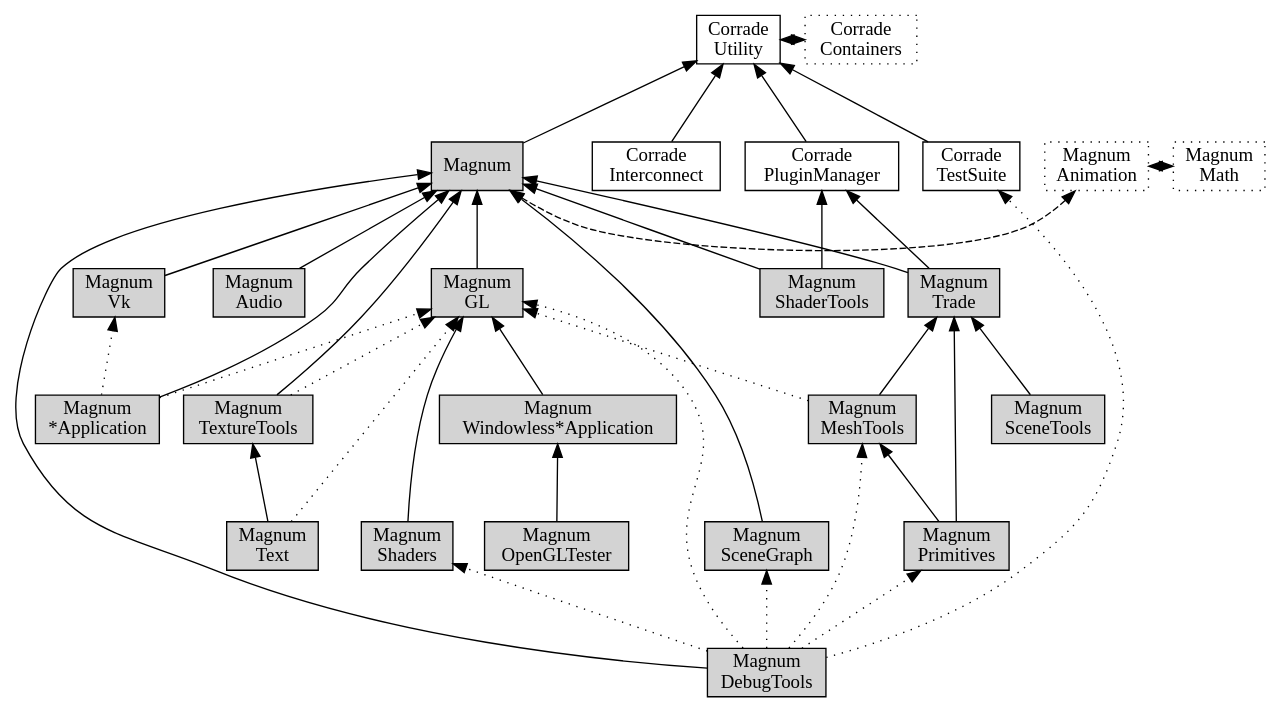
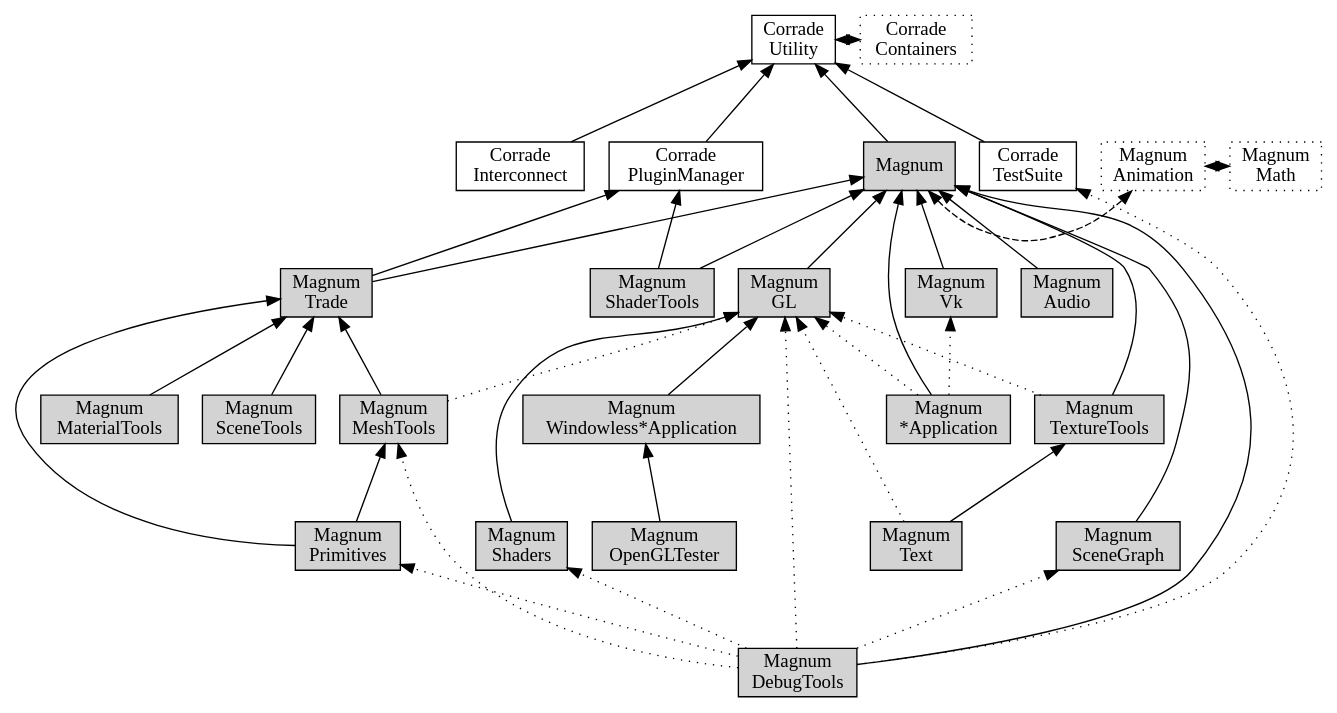
Before and after one commit to mosra/magnum: the diagram in doc/custom-buildsystems-order.dot, drawn with Graphviz. The commit also changed 17 other files, not shown here.

First line of the commit message:
MaterialTools: new library.

```diff
--- a/doc/custom-buildsystems-order.dot
+++ b/doc/custom-buildsystems-order.dot
@@ -1,112 +1,115 @@
 /*
     This file is part of Magnum.
 
     Copyright © 2010, 2011, 2012, 2013, 2014, 2015, 2016, 2017, 2018, 2019,
                 2020, 2021, 2022 Vladimír Vondruš <mosra@centrum.cz>
 
     Permission is hereby granted, free of charge, to any person obtaining a
     copy of this software and associated documentation files (the "Software"),
     to deal in the Software without restriction, including without limitation
     the rights to use, copy, modify, merge, publish, distribute, sublicense,
     and/or sell copies of the Software, and to permit persons to whom the
     Software is furnished to do so, subject to the following conditions:
 
     The above copyright notice and this permission notice shall be included
     in all copies or substantial portions of the Software.
 
     THE SOFTWARE IS PROVIDED "AS IS", WITHOUT WARRANTY OF ANY KIND, EXPRESS OR
     IMPLIED, INCLUDING BUT NOT LIMITED TO THE WARRANTIES OF MERCHANTABILITY,
     FITNESS FOR A PARTICULAR PURPOSE AND NONINFRINGEMENT. IN NO EVENT SHALL
     THE AUTHORS OR COPYRIGHT HOLDERS BE LIABLE FOR ANY CLAIM, DAMAGES OR OTHER
     LIABILITY, WHETHER IN AN ACTION OF CONTRACT, TORT OR OTHERWISE, ARISING
     FROM, OUT OF OR IN CONNECTION WITH THE SOFTWARE OR THE USE OR OTHER
     DEALINGS IN THE SOFTWARE.
 */
 
 digraph "Magnum library dependency order" {
     rankdir=BT
     ranksep=0.8
     node [style=filled shape=rect margin="0.03,0.03"]
 
     CorradeUtility [style=solid label="Corrade\nUtility" class="m-primary"]
     CorradeContainers [style=solid label="Corrade\nContainers" class="m-primary" style=dotted]
     CorradePluginManager [style=solid label="Corrade\nPluginManager" class="m-info"]
     CorradeInterconnect [style=solid label="Corrade\nInterconnect" class="m-info"]
     CorradeTestSuite [style=solid label="Corrade\nTestSuite" class="m-info"]
 
     Magnum [class="m-primary"]
     MagnumAnimation [label="Magnum\nAnimation" class="m-primary" style=dotted]
     MagnumAudio [label="Magnum\nAudio" class="m-info"]
     MagnumDebugTools [label="Magnum\nDebugTools" class="m-info"]
     MagnumGL [label="Magnum\nGL" class="m-info"]
     MagnumMath [label="Magnum\nMath" class="m-primary" style=dotted]
+    MagnumMaterialTools [label="Magnum\nMaterialTools" class="m-info"]
     MagnumMeshTools [label="Magnum\nMeshTools" class="m-info"]
     MagnumOpenGLTester [label="Magnum\nOpenGLTester" class="m-info"]
     MagnumPrimitives [label="Magnum\nPrimitives" class="m-info"]
     MagnumSceneGraph [label="Magnum\nSceneGraph" class="m-info"]
     MagnumSceneTools [label="Magnum\nSceneTools" class="m-info"]
     MagnumShaders [label="Magnum\nShaders" class="m-info"]
     MagnumShaderTools [label="Magnum\nShaderTools" class="m-info"]
     MagnumText [label="Magnum\nText" class="m-info"]
     MagnumTextureTools [label="Magnum\nTextureTools" class="m-info"]
     MagnumTrade [label="Magnum\nTrade" class="m-info"]
     MagnumVk [label="Magnum\nVk" class="m-info"]
 
     MagnumApplication [label="Magnum\n*Application" class="m-info"]
     MagnumWindowlessApplication [label="Magnum\nWindowless*Application" class="m-info"]
 
     CorradeUtility -> CorradeContainers [dir=both style=dashed class="m-primary"]
     {rank=same CorradeUtility CorradeContainers}
     CorradePluginManager -> CorradeUtility [class="m-info"]
     CorradeInterconnect -> CorradeUtility [class="m-info"]
     CorradeTestSuite -> CorradeUtility [class="m-info"]
 
     {rank=same Magnum -> MagnumAnimation -> MagnumMath [dir=both style=dashed]}
     Magnum -> CorradeUtility
 
     MagnumAudio -> Magnum
 
     MagnumDebugTools -> CorradeTestSuite [style=dotted]
     MagnumDebugTools -> Magnum
     MagnumDebugTools -> MagnumGL [style=dotted]
     MagnumDebugTools -> MagnumMeshTools [style=dotted]
     MagnumDebugTools -> MagnumPrimitives [style=dotted]
     MagnumDebugTools -> MagnumShaders [style=dotted]
     MagnumDebugTools -> MagnumSceneGraph [style=dotted]
 
     MagnumGL -> Magnum
 
+    MagnumMaterialTools -> MagnumTrade
+
     MagnumMeshTools -> MagnumTrade
     MagnumMeshTools -> MagnumGL [style=dotted]
 
     MagnumOpenGLTester -> MagnumWindowlessApplication
 
     MagnumPrimitives -> MagnumMeshTools
     MagnumPrimitives -> MagnumTrade
 
     MagnumSceneTools -> MagnumTrade
 
     MagnumSceneGraph -> Magnum
 
     MagnumShaders -> MagnumGL
 
     MagnumShaderTools -> Magnum
     MagnumShaderTools -> CorradePluginManager
 
     MagnumText -> MagnumTextureTools
     MagnumText -> MagnumGL [style=dotted]
 
     MagnumTextureTools -> Magnum
     MagnumTextureTools -> MagnumGL [style=dotted]
 
     MagnumTrade -> Magnum
     MagnumTrade -> CorradePluginManager
 
     MagnumVk -> Magnum
 
     MagnumApplication -> Magnum
     MagnumApplication -> MagnumGL [style=dotted]
     MagnumApplication -> MagnumVk [style=dotted]
 
     MagnumWindowlessApplication -> MagnumGL
 }
```
